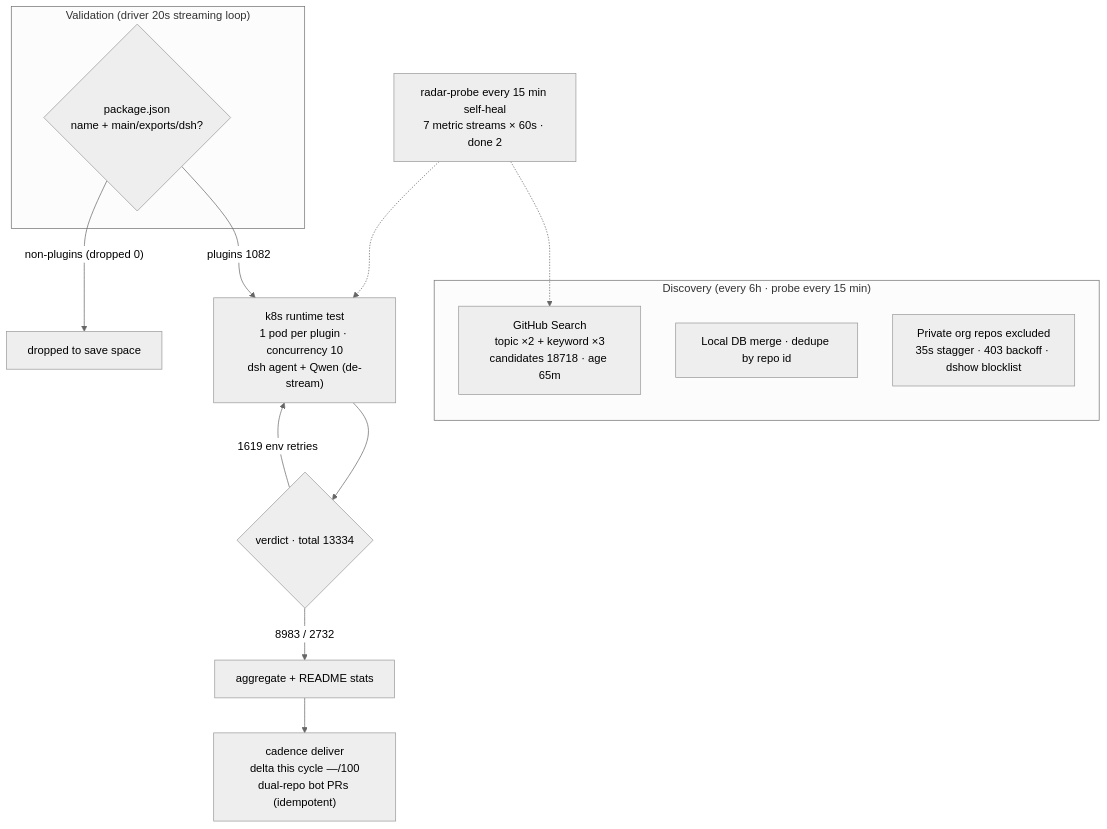
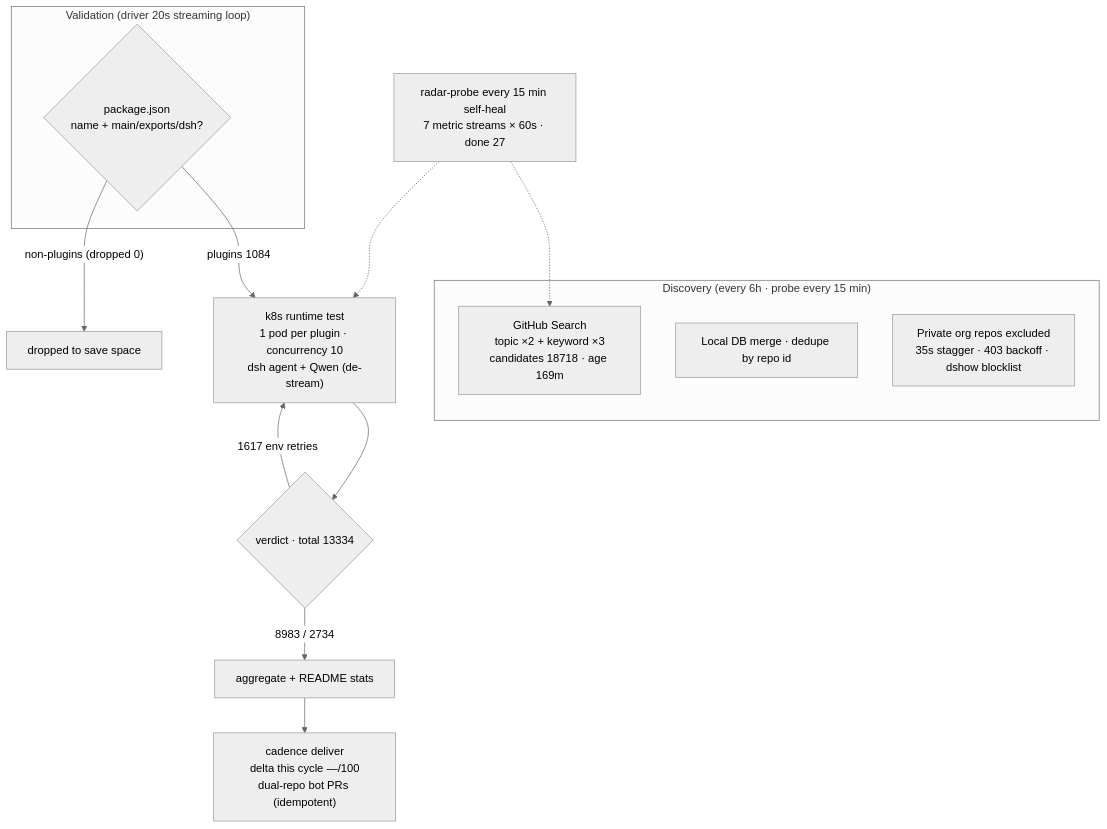
The diagram in README.en-US.md (AdamPlatin123/dsh-plugin-radar), drawn with Mermaid (neutral theme) before and after one commit. The commit also changed other lines of this file and 6 other files, not shown here.

````diff
--- a/README.en-US.md
+++ b/README.en-US.md
@@ -45,20 +45,20 @@
 ```mermaid
 flowchart TB
     subgraph Discovery["Discovery (every 6h · probe every 15 min)"]
-        A1["GitHub Search<br/>topic ×2 + keyword ×3<br/>candidates 18718 · age 65m"]
+        A1["GitHub Search<br/>topic ×2 + keyword ×3<br/>candidates 18718 · age 169m"]
         A2["Local DB merge · dedupe by repo id"]
         A3["Private org repos excluded<br/>35s stagger · 403 backoff · dshow blocklist"]
     end
     subgraph Validation["Validation (driver 20s streaming loop)"]
         B1{"package.json<br/>name + main/exports/dsh?"}
     end
-    B1 -->|"plugins 1082"| C1["k8s runtime test<br/>1 pod per plugin · concurrency 10<br/>dsh agent + Qwen (de-stream)"]
+    B1 -->|"plugins 1084"| C1["k8s runtime test<br/>1 pod per plugin · concurrency 10<br/>dsh agent + Qwen (de-stream)"]
     B1 -->|"non-plugins (dropped 0)"| B3["dropped to save space"]
     C1 --> D1{"verdict · total 13334"}
-    D1 -->|"8983 / 2732"| E1["aggregate + README stats"]
-    D1 -->|"1619 env retries"| C1
+    D1 -->|"8983 / 2734"| E1["aggregate + README stats"]
+    D1 -->|"1617 env retries"| C1
     E1 --> E2["cadence deliver<br/>delta this cycle —/100<br/>dual-repo bot PRs (idempotent)"]
-    M["radar-probe every 15 min self-heal<br/>7 metric streams × 60s · done 2"]
+    M["radar-probe every 15 min self-heal<br/>7 metric streams × 60s · done 27"]
     M -.-> A1
     M -.-> C1
 ```
````
